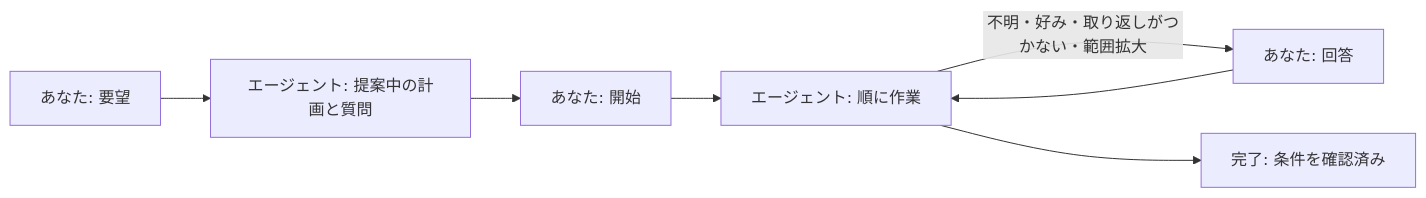
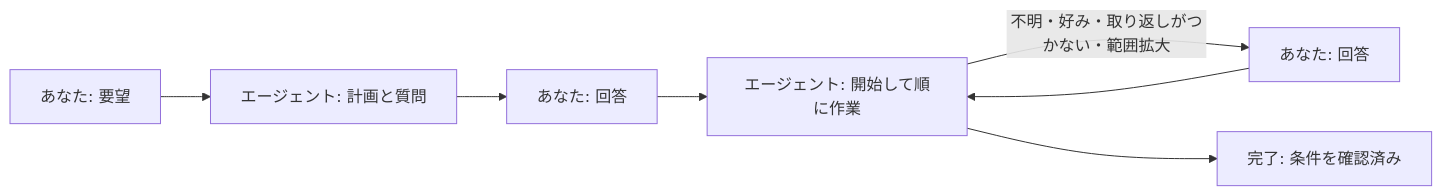
One commit to FooQoo/agent-board changed the diagram in docs/ja/guide/index.md. Above: the diagram before and after it, drawn with Mermaid. The commit also changed other lines of this file and 73 other files, not shown here.

````diff
--- a/docs/ja/guide/index.md
+++ b/docs/ja/guide/index.md
@@ -45,9 +45,9 @@
 ```mermaid
 flowchart LR
-    R["あなた: 要望"] --> P["エージェント: 提案中の計画と質問"]
-    P --> A["あなた: 開始"]
-    A --> W["エージェント: 順に作業"]
+    R["あなた: 要望"] --> P["エージェント: 計画と質問"]
+    P --> A["あなた: 回答"]
+    A --> W["エージェント: 開始して順に作業"]
     W -- "不明・好み・取り返しがつかない・範囲拡大" --> Q["あなた: 回答"]
     Q --> W
     W --> D["完了: 条件を確認済み"]
 ```
````
